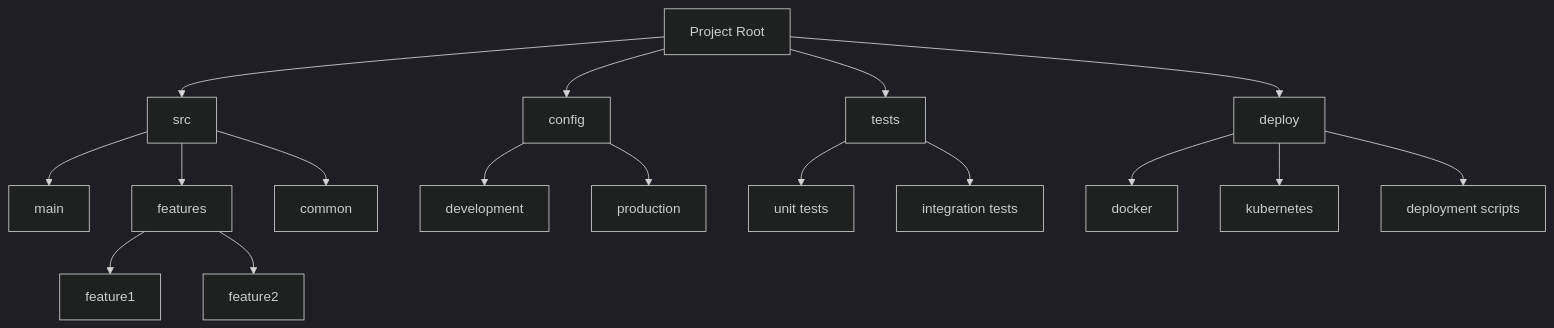
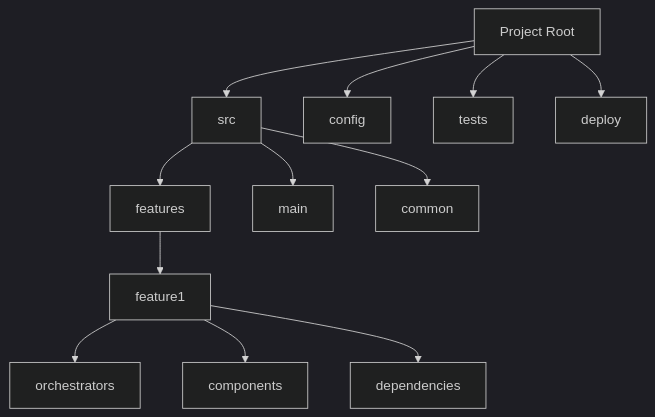
One commit to adico1/standardized-folder-structure-whitepaper changed the diagram in README.md. Above: the diagram before and after it, drawn with Mermaid (dark theme). The commit also changed other lines of this file, not shown here.

````diff
--- a/README.md
+++ b/README.md
@@ -23,19 +29,14 @@
 ```mermaid
 flowchart TD
     A[Project Root] --> B[src]
     A --> C[config]
     A --> D[tests]
     A --> E[deploy]
-    B --> B1[main]
-    B --> B2[features]
-    B --> B3[common]
-    B2 --> B2a[feature1]
-    B2 --> B2b[feature2]
-    C --> C1[development]
-    C --> C2[production]
-    D --> D1[unit tests]
-    D --> D2[integration tests]
-    E --> E1[docker]
-    E --> E2[kubernetes]
-    E --> E3[deployment scripts]
+    B --> F[features]
+    F --> F1[feature1]
+    F1 --> F1a[orchestrators]
+    F1 --> F1b[components]
+    F1 --> F1c[dependencies]
+    B --> G[main]
+    B --> H[common]
 ```
````
